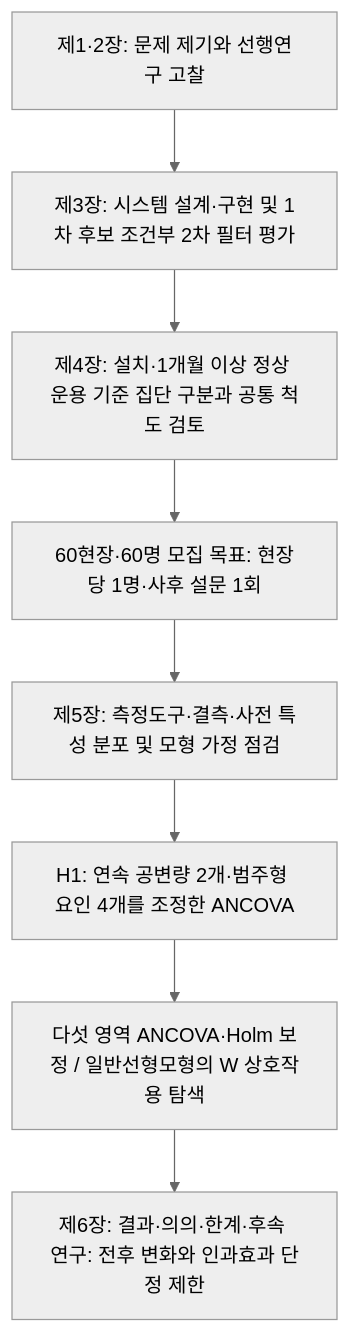
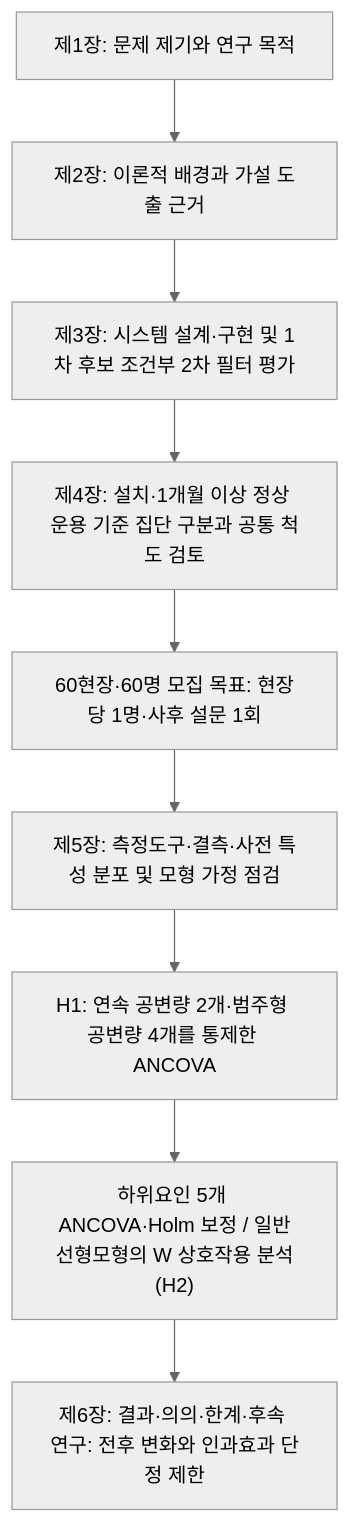
One commit to yoonhyuk12/ggthesis changed the diagram in 01.docs/01_서론.md. Above: the diagram before and after it, drawn with Mermaid (neutral theme). The commit also changed other lines of this file and 25 other files, not shown here.

````diff
--- a/01.docs/01_서론.md
+++ b/01.docs/01_서론.md
@@ -53,10 +80,11 @@
 ```mermaid
 flowchart TD
-  A["제1·2장: 문제 제기와 선행연구 고찰"] --> B["제3장: 시스템 설계·구현 및 1차 후보 조건부 2차 필터 평가"]
+  A1["제1장: 문제 제기와 연구 목적"] --> A2["제2장: 이론적 배경과 가설 도출 근거"]
+  A2 --> B["제3장: 시스템 설계·구현 및 1차 후보 조건부 2차 필터 평가"]
   B --> C["제4장: 설치·1개월 이상 정상 운용 기준 집단 구분과 공통 척도 검토"]
   C --> D["60현장·60명 모집 목표: 현장당 1명·사후 설문 1회"]
   D --> E["제5장: 측정도구·결측·사전 특성 분포 및 모형 가정 점검"]
-  E --> F["H1: 연속 공변량 2개·범주형 요인 4개를 조정한 ANCOVA"]
-  F --> G["다섯 영역 ANCOVA·Holm 보정 / 일반선형모형의 W 상호작용 탐색"]
+  E --> F["H1: 연속 공변량 2개·범주형 공변량 4개를 통제한 ANCOVA"]
+  F --> G["하위요인 5개 ANCOVA·Holm 보정 / 일반선형모형의 W 상호작용 분석(H2)"]
   G --> H["제6장: 결과·의의·한계·후속 연구: 전후 변화와 인과효과 단정 제한"]
 ```
````
